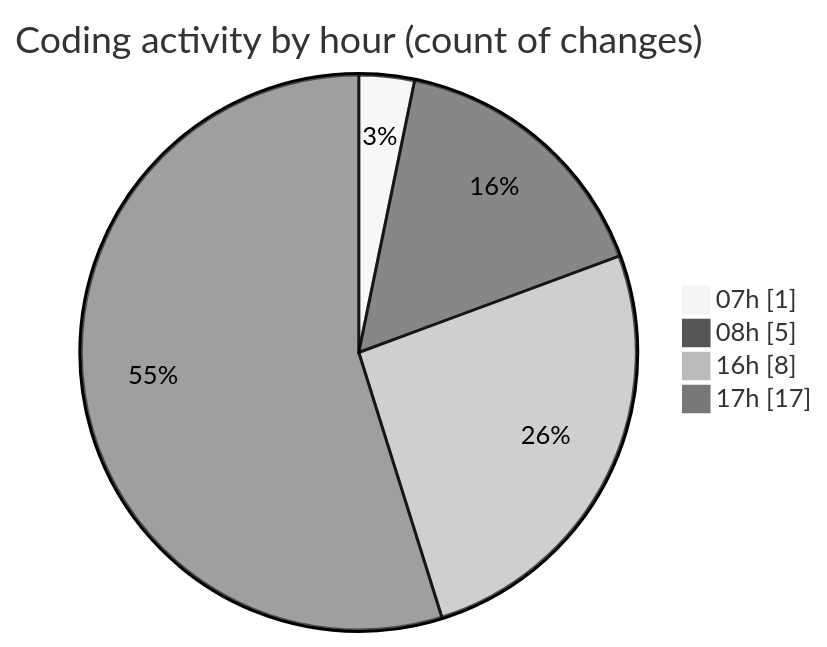
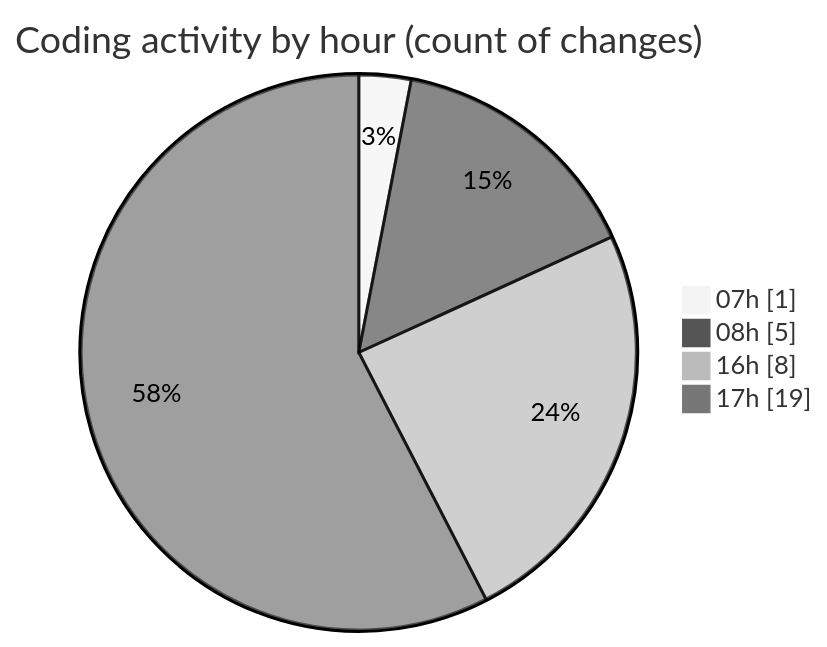
Before and after one commit to Elitesun/code-tracking: the second of 2 diagrams in 2025-02-13/elitegpt/README.md, drawn with Mermaid (neutral theme). The commit also changed other lines of this file and 1 other file, not shown here.

````diff
--- a/2025-02-13/elitegpt/README.md
+++ b/2025-02-13/elitegpt/README.md
@@ -36,8 +36,8 @@
 ```mermaid
 pie showData
 title Coding activity by hour (count of changes)
 "07h" : 1
 "08h" : 5
 "16h" : 8
-"17h" : 17
+"17h" : 19
 ```
````
